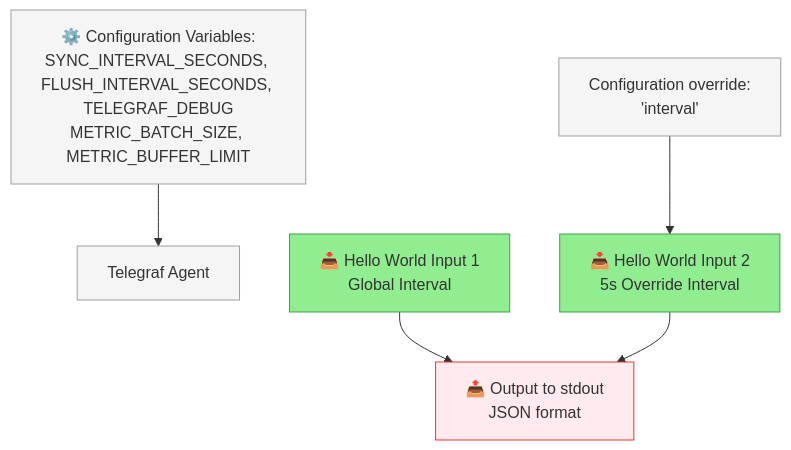
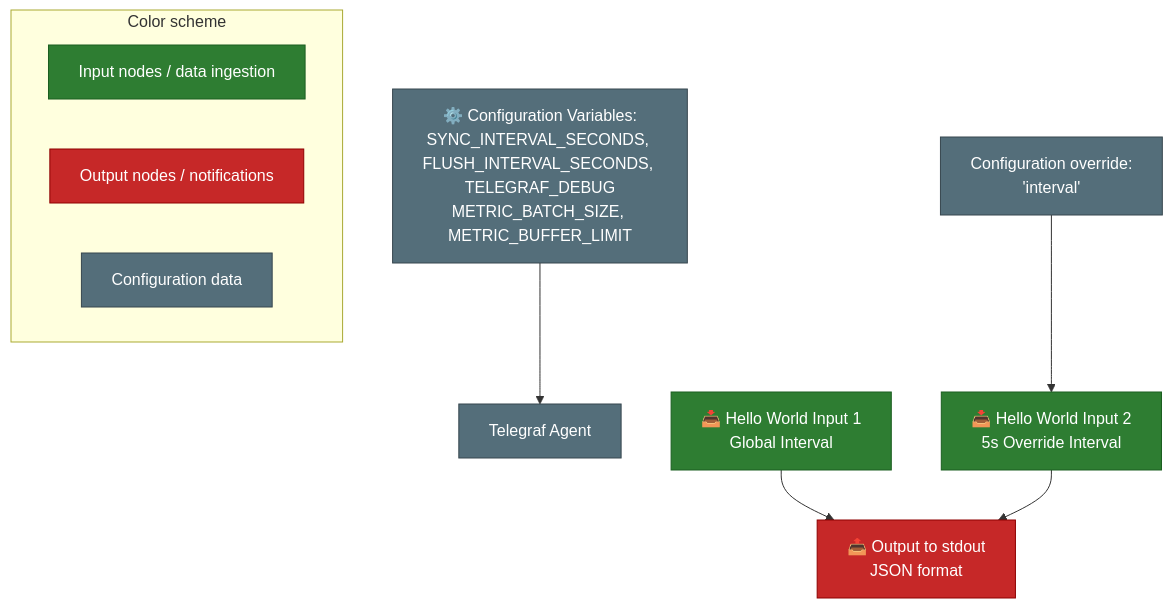
The first of 2 diagrams in project-hello-world-exec/README.md (fixedit-ai/fixedit-data-agent-examples), drawn with Mermaid before and after one commit. The commit also changed other lines of this file, not shown here.

Commit message:
Improve Hello World exec README readability and make diagram work in dark and light mode

````diff
--- a/project-hello-world-exec/README.md
+++ b/project-hello-world-exec/README.md
@@ -11,18 +33,27 @@
 ```mermaid
 flowchart TD
     X0["⚙️ Configuration Variables:<br/>SYNC_INTERVAL_SECONDS, FLUSH_INTERVAL_SECONDS, TELEGRAF_DEBUG<br/>METRIC_BATCH_SIZE, METRIC_BUFFER_LIMIT"] --> X1
     X1["Telegraf Agent"]
 
     X2["Configuration override:<br/>'interval'"] --> A2
 
     A1["📥 Hello World Input 1<br/>Global Interval"] --> C
     A2["📥 Hello World Input 2<br/>5s Override Interval"] --> C
     C["📤 Output to stdout<br/>JSON format"]
 
-    style X0 fill:#f5f5f5,stroke:#9e9e9e
-    style X1 fill:#f5f5f5,stroke:#9e9e9e
-    style X2 fill:#f5f5f5,stroke:#9e9e9e
-    style A1 fill:#90EE90,stroke:#43a047
-    style A2 fill:#90EE90,stroke:#43a047
-    style C fill:#ffebee,stroke:#e53935
+    subgraph Legend["Color scheme"]
+        direction LR
+        L1["Input nodes / data ingestion"]
+        L2["Output nodes / notifications"]
+        L3["Configuration data"]
+    end
+
+    classDef config fill:#546e7a,stroke:#37474f,color:#ffffff
+    classDef input fill:#2e7d32,stroke:#1b5e20,color:#ffffff
+    classDef output fill:#c62828,stroke:#8e0000,color:#ffffff
+
+    class X0,X1,X2,L3 config
+    class A1,A2,L1 input
+    class C,L2 output
+
 ```
````
